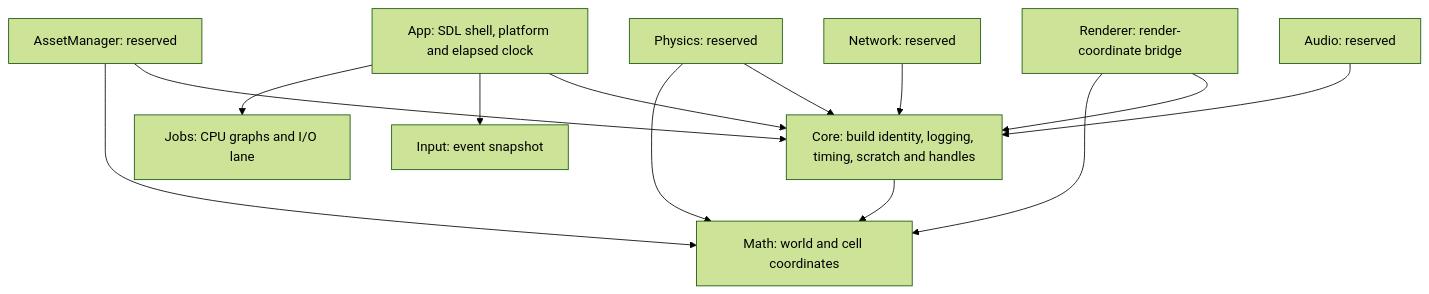
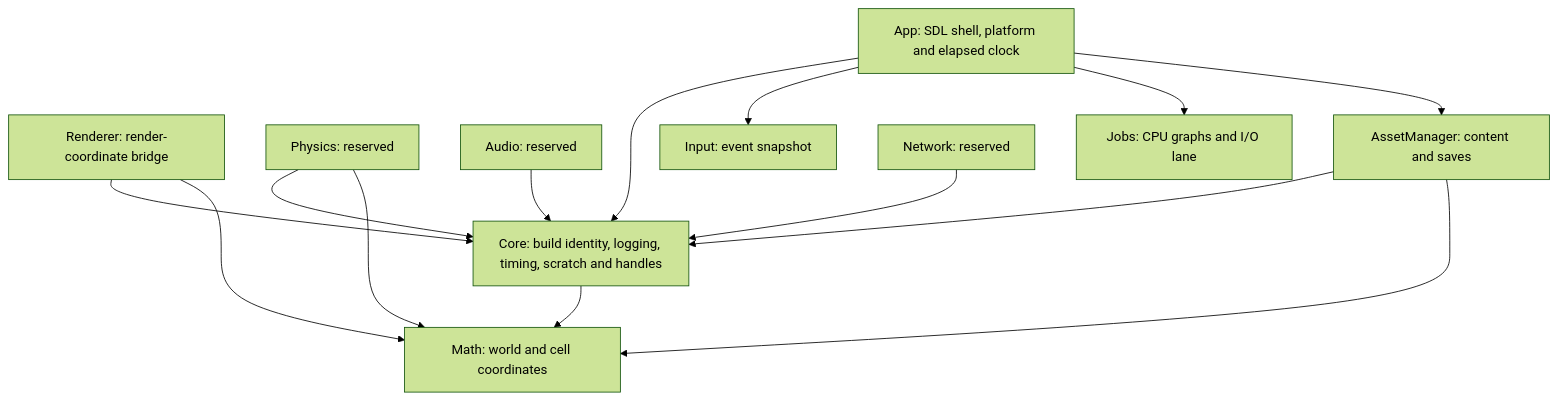
The diagram in docs/ARCHITECTURE.md (HellUponEarth/WiseEngine), drawn with Mermaid (forest theme) before and after one commit. The commit also changed other lines of this file and 11 other files, not shown here.

Commit message:
Add WiseEngine 0.0.6 PhysicsFS content and saves

````diff
--- a/docs/ARCHITECTURE.md
+++ b/docs/ARCHITECTURE.md
@@ -7,15 +7,16 @@
 ```mermaid
 flowchart TD
     App[App: SDL shell, platform and elapsed clock] --> Core[Core: build identity, logging, timing, scratch and handles]
     Core --> Math[Math: world and cell coordinates]
     Renderer[Renderer: render-coordinate bridge] --> Core
     Renderer --> Math
     Physics[Physics: reserved] --> Core
     Physics --> Math
     Audio[Audio: reserved] --> Core
     App --> Input[Input: event snapshot]
     App --> Jobs[Jobs: CPU graphs and I/O lane]
     Network[Network: reserved] --> Core
-    AssetManager[AssetManager: reserved] --> Core
+    App --> AssetManager[AssetManager: content and saves]
+    AssetManager --> Core
     AssetManager --> Math
 ```
````
